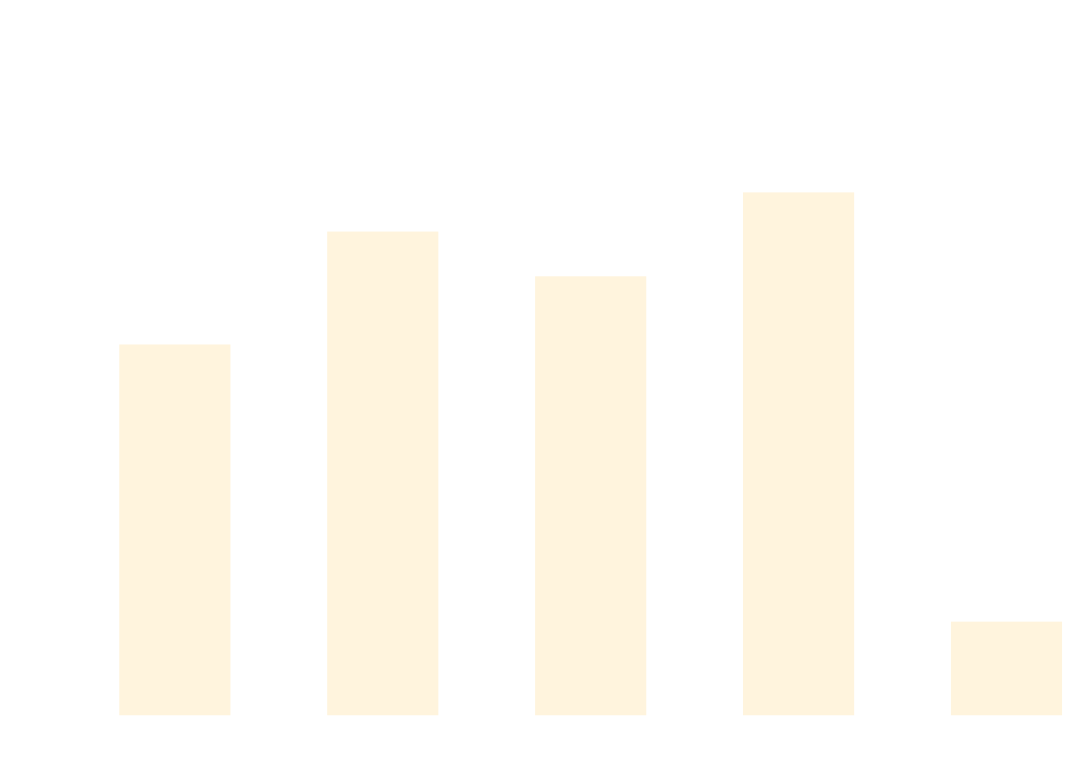
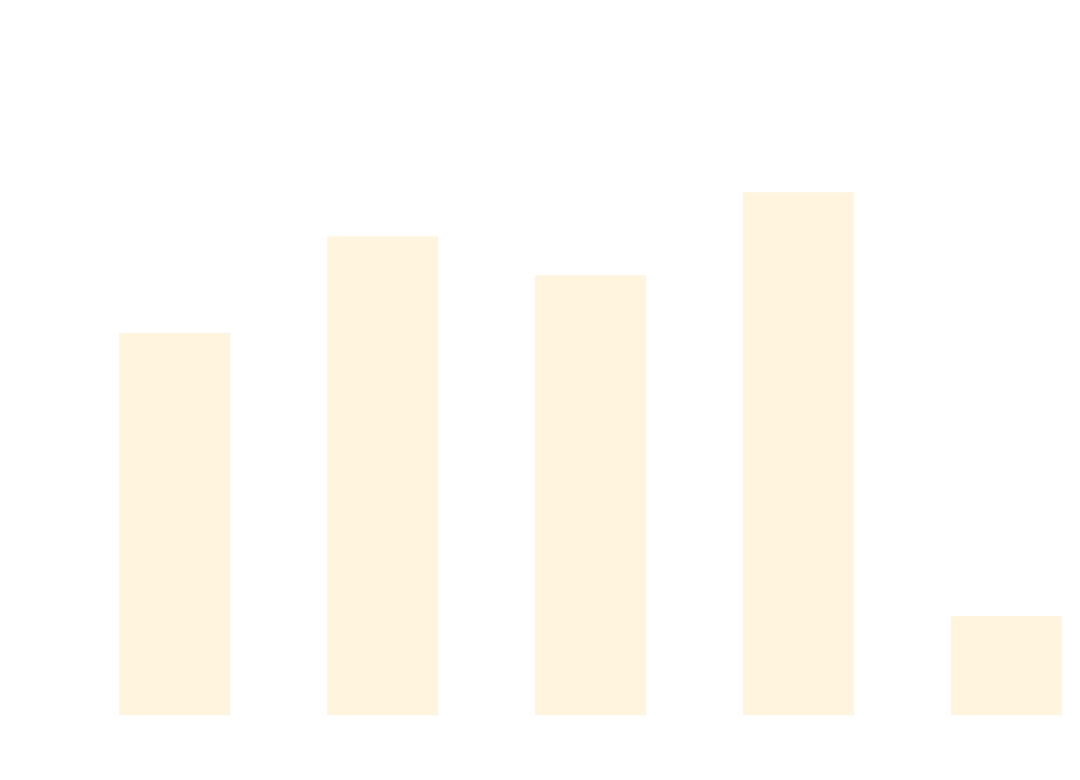
Before and after one commit to thomhurst/TUnit: the diagram in docs/docs/benchmarks/AsyncTests.md, drawn with Mermaid. The commit also changed other lines of this file and 17 other files, not shown here.

````diff
--- a/docs/docs/benchmarks/AsyncTests.md
+++ b/docs/docs/benchmarks/AsyncTests.md
@@ -27,37 +27,37 @@
 ```mermaid
 %%{init: {
   'theme':'base',
   'themeVariables': {
     'primaryColor': '#2563eb',
     'primaryTextColor': '#ffffff',
     'primaryBorderColor': '#1e40af',
     'lineColor': '#6b7280',
     'secondaryColor': '#7c3aed',
     'tertiaryColor': '#dc2626',
     'background': '#ffffff',
     'mainBkg': '#2563eb',
     'secondBkg': '#7c3aed',
     'tertiaryBkg': '#dc2626',
     'clusterBkg': '#f3f4f6',
     'edgeLabelBackground': '#ffffff',
     'tertiaryTextColor': '#1f2937',
     'pie1': '#2563eb',
     'pie2': '#7c3aed',
     'pie3': '#dc2626',
     'pie4': '#f59e0b',
     'pie5': '#10b981',
     'pie6': '#06b6d4',
     'pie7': '#ec4899',
     'pie8': '#6366f1',
     'pie9': '#84cc16',
     'pie10': '#f97316',
     'pie11': '#14b8a6',
     'pie12': '#a855f7'
   }
 }}%%
 xychart-beta
   title "AsyncTests Performance Comparison"
   x-axis ["TUnit", "NUnit", "MSTest", "xUnit3", "TUnit_AOT"]
-  y-axis "Time (ms)" 0 --> 927
-  bar [542.5, 713.1, 645.5, 772.3, 123.7]
+  y-axis "Time (ms)" 0 --> 880
+  bar [531.7, 670.1, 614.3, 733.3, 125.2]
 ```
````
